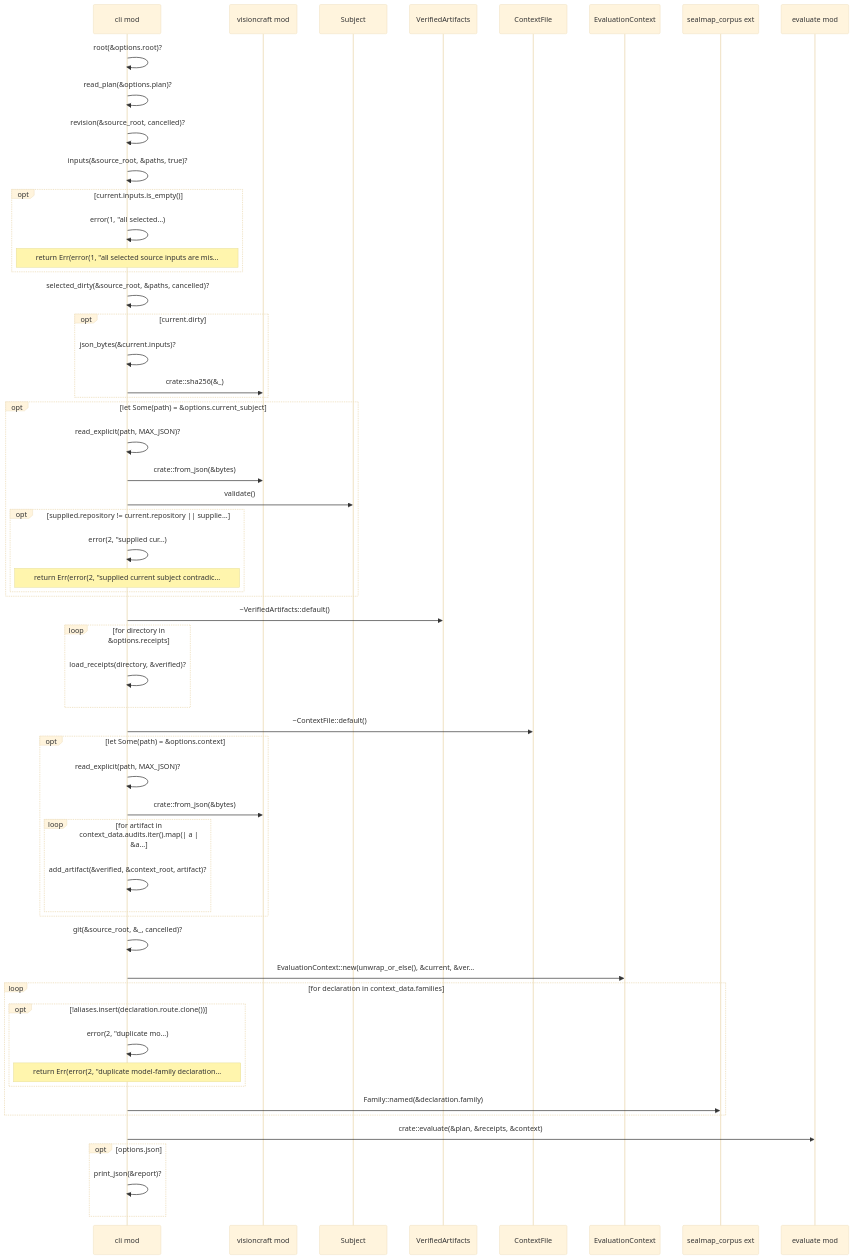
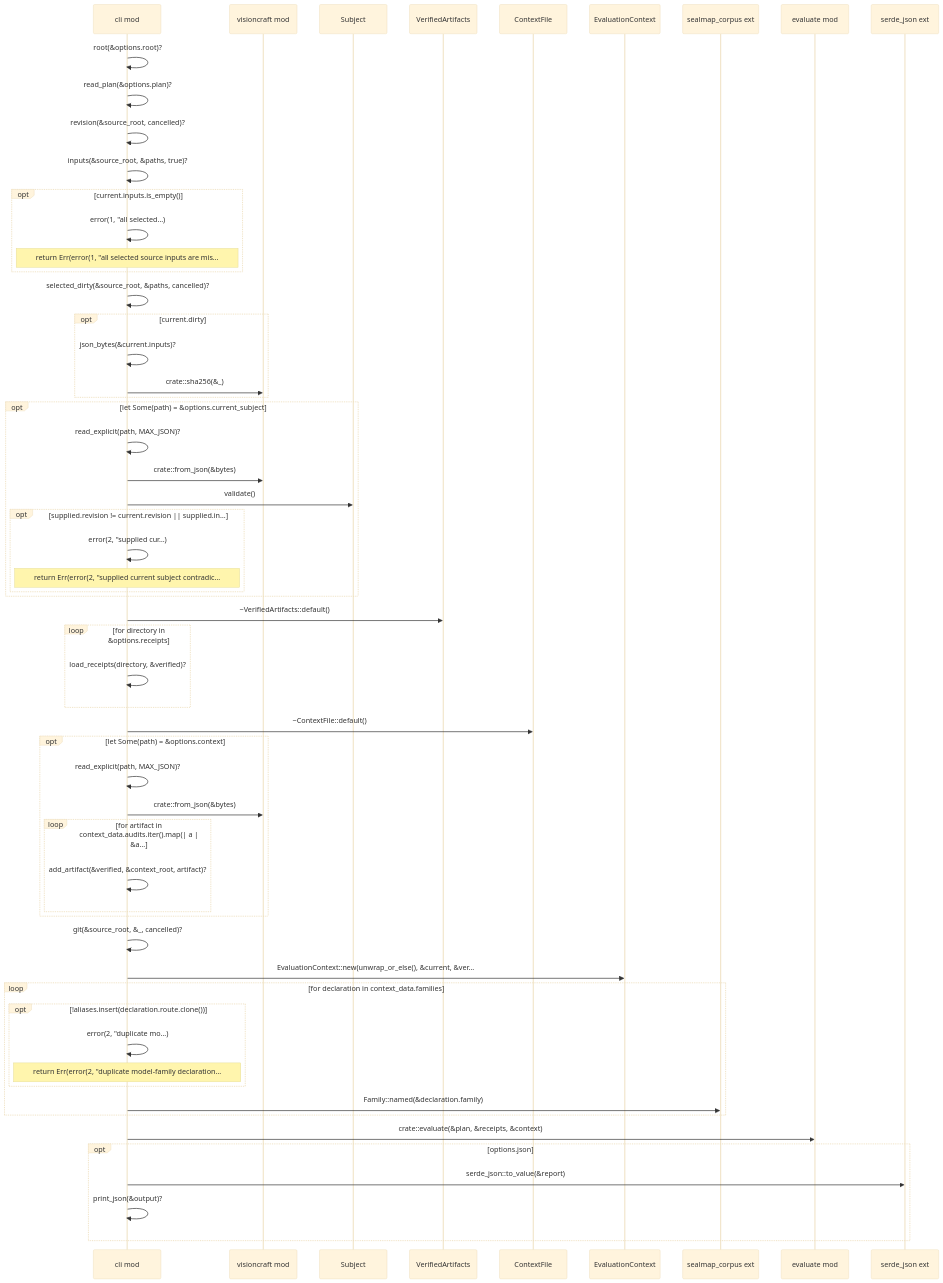
One commit to DreamLab-AI/visioncraft changed diagram 16 of 17 in docs/diagrams/generated/src/cli.rs.md. Above: the diagram before and after it, drawn with Mermaid (base theme). The commit also changed other lines of this file and 12 other files, not shown here.

Commit message:
Refresh verified ADRs and source-derived diagrams after review repairs

````diff
--- a/docs/diagrams/generated/src/cli.rs.md
+++ b/docs/diagrams/generated/src/cli.rs.md
@@ -482,58 +483,60 @@
 ```mermaid
 sequenceDiagram
   participant visioncraft__cli as cli mod
   participant visioncraft as visioncraft mod
   participant visioncraft__plan___tSubject as Subject
   participant visioncraft__evidence___tVerifiedArtifacts as VerifiedArtifacts
   participant visioncraft__cli___tContextFile as ContextFile
   participant visioncraft__evaluate___tEvaluationContext as EvaluationContext
   participant _sealmap_corpus as sealmap_corpus ext
   participant visioncraft__evaluate as evaluate mod
+  participant _serde_json as serde_json ext
   visioncraft__cli->>visioncraft__cli: root(&options.root)?
   visioncraft__cli->>visioncraft__cli: read_plan(&options.plan)?
   visioncraft__cli->>visioncraft__cli: revision(&source_root, cancelled)?
   visioncraft__cli->>visioncraft__cli: inputs(&source_root, &paths, true)?
   opt current.inputs.is_empty()
     visioncraft__cli->>visioncraft__cli: error(1, #quot;all selected…)
     Note over visioncraft__cli: return Err(error(1, #quot;all selected source inputs are mis…
   end
   visioncraft__cli->>visioncraft__cli: selected_dirty(&source_root, &paths, cancelled)?
   opt current.dirty
     visioncraft__cli->>visioncraft__cli: json_bytes(&current.inputs)?
     visioncraft__cli->>visioncraft: crate::sha256(&_)
   end
   opt let Some(path) = &options.current_subject
     visioncraft__cli->>visioncraft__cli: read_explicit(path, MAX_JSON)?
     visioncraft__cli->>visioncraft: crate::from_json(&bytes)
     visioncraft__cli->>visioncraft__plan___tSubject: validate()
-    opt supplied.repository != current.repository || supplie…
+    opt supplied.revision != current.revision || supplied.in…
       visioncraft__cli->>visioncraft__cli: error(2, #quot;supplied cur…)
       Note over visioncraft__cli: return Err(error(2, #quot;supplied current subject contradic…
     end
   end
   visioncraft__cli->>visioncraft__evidence___tVerifiedArtifacts: ~VerifiedArtifacts::default()
   loop for directory in &options.receipts
     visioncraft__cli->>visioncraft__cli: load_receipts(directory, &verified)?
   end
   visioncraft__cli->>visioncraft__cli___tContextFile: ~ContextFile::default()
   opt let Some(path) = &options.context
     visioncraft__cli->>visioncraft__cli: read_explicit(path, MAX_JSON)?
     visioncraft__cli->>visioncraft: crate::from_json(&bytes)
     loop for artifact in context_data.audits.iter().map(| a | &a…
       visioncraft__cli->>visioncraft__cli: add_artifact(&verified, &context_root, artifact)?
     end
   end
   visioncraft__cli->>visioncraft__cli: git(&source_root, &_, cancelled)?
   visioncraft__cli->>visioncraft__evaluate___tEvaluationContext: EvaluationContext::new(unwrap_or_else(), &current, &ver…
   loop for declaration in context_data.families
     opt !aliases.insert(declaration.route.clone())
       visioncraft__cli->>visioncraft__cli: error(2, #quot;duplicate mo…)
       Note over visioncraft__cli: return Err(error(2, #quot;duplicate model-family declaration…
     end
     visioncraft__cli->>_sealmap_corpus: Family::named(&declaration.family)
   end
   visioncraft__cli->>visioncraft__evaluate: crate::evaluate(&plan, &receipts, &context)
   opt options.json
-    visioncraft__cli->>visioncraft__cli: print_json(&report)?
+    visioncraft__cli->>_serde_json: serde_json::to_value(&report)
+    visioncraft__cli->>visioncraft__cli: print_json(&output)?
   end
 ```
````
